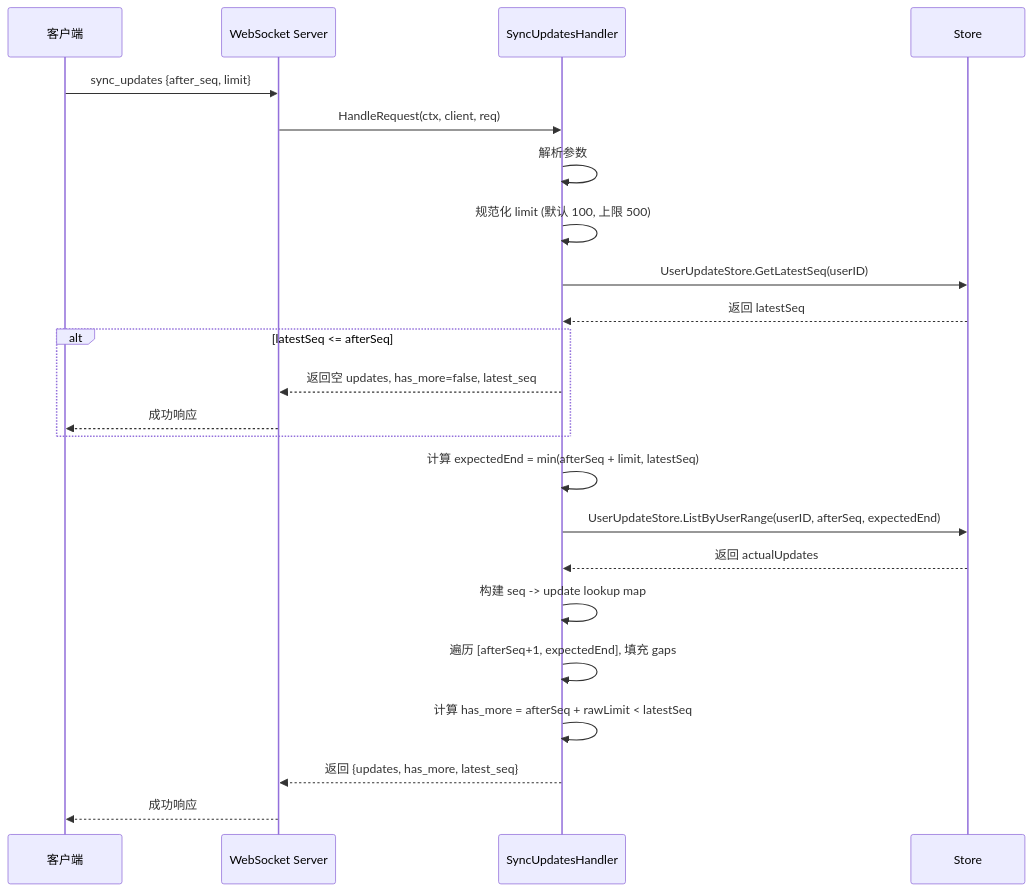
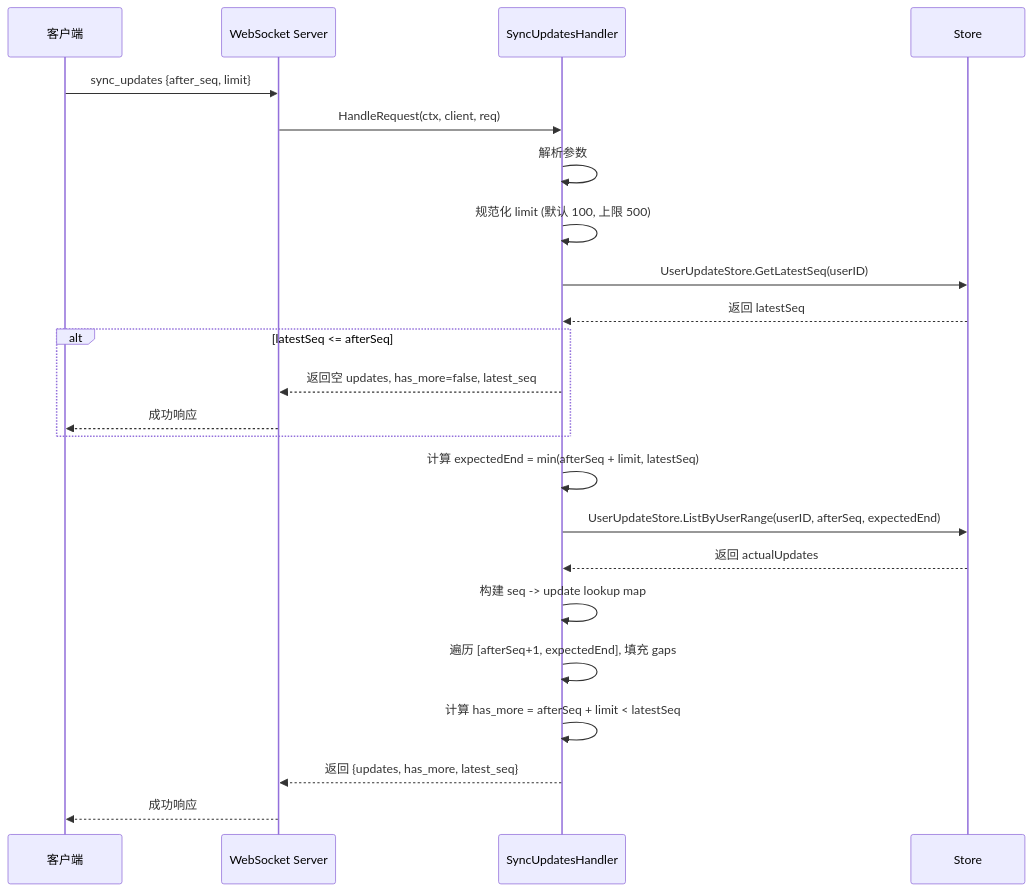
One commit to PineappleBond/xyncra-server changed the first of 12 diagrams in wiki/flows/sync-updates.md. Above: the diagram before and after it, drawn with Mermaid. The commit also changed other lines of this file and 21 other files, not shown here.

Commit message:
docs(wiki): add edge cases and fix inaccuracies across all flow documents

````diff
--- a/wiki/flows/sync-updates.md
+++ b/wiki/flows/sync-updates.md
@@ -40,33 +40,33 @@
 ```mermaid
 sequenceDiagram
     participant C as 客户端
     participant WS as WebSocket Server
     participant H as SyncUpdatesHandler
     participant S as Store
 
     C->>WS: sync_updates {after_seq, limit}
     WS->>H: HandleRequest(ctx, client, req)
 
     H->>H: 解析参数
     H->>H: 规范化 limit (默认 100, 上限 500)
 
     H->>S: UserUpdateStore.GetLatestSeq(userID)
     S-->>H: 返回 latestSeq
 
     alt latestSeq <= afterSeq
         H-->>WS: 返回空 updates, has_more=false, latest_seq
         WS-->>C: 成功响应
     end
 
     H->>H: 计算 expectedEnd = min(afterSeq + limit, latestSeq)
     H->>S: UserUpdateStore.ListByUserRange(userID, afterSeq, expectedEnd)
     S-->>H: 返回 actualUpdates
 
     H->>H: 构建 seq -> update lookup map
     H->>H: 遍历 [afterSeq+1, expectedEnd], 填充 gaps
 
-    H->>H: 计算 has_more = afterSeq + rawLimit < latestSeq
+    H->>H: 计算 has_more = afterSeq + limit < latestSeq
 
     H-->>WS: 返回 {updates, has_more, latest_seq}
     WS-->>C: 成功响应
 ```
````
